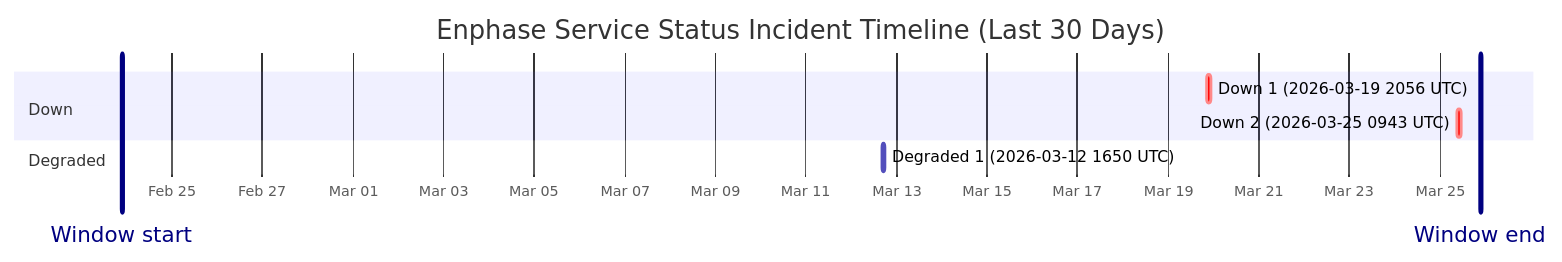
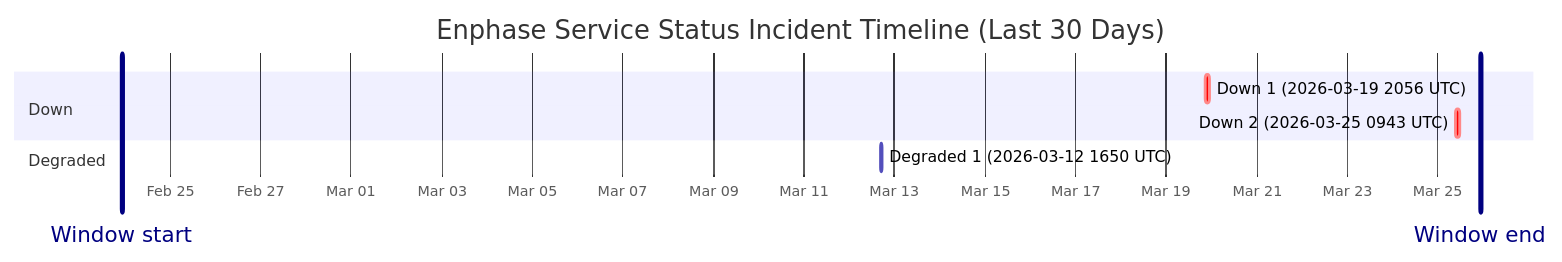
Before and after one commit to barneyonline/ha-enphase-ev-charger: the diagram in wiki/Service-Status-History.md, drawn with Mermaid. The commit also changed other lines of this file and 3 other files, not shown here.

````diff
--- a/wiki/Service-Status-History.md
+++ b/wiki/Service-Status-History.md
@@ -14,13 +14,13 @@
 ```mermaid
 gantt
     title Enphase Service Status Incident Timeline (Last 30 Days)
     dateFormat  YYYY-MM-DDTHH:mm:ss
     axisFormat  %b %d
-    Window start :vert, window-start, 2026-02-23T21:29:04, 0ms
-    Window end :vert, window-end, 2026-03-25T21:29:04, 0ms
+    Window start :vert, window-start, 2026-02-23T22:26:04, 0ms
+    Window end :vert, window-end, 2026-03-25T22:26:04, 0ms
     section Down
     Down 1 (2026-03-19 2056 UTC) :crit, down-1, 2026-03-19T20:56:20, 145m
     Down 2 (2026-03-25 0943 UTC) :crit, down-2, 2026-03-25T09:43:28, 111m
     section Degraded
     Degraded 1 (2026-03-12 1650 UTC) :active, degraded-1, 2026-03-12T16:50:43, 60m
 ```
````
